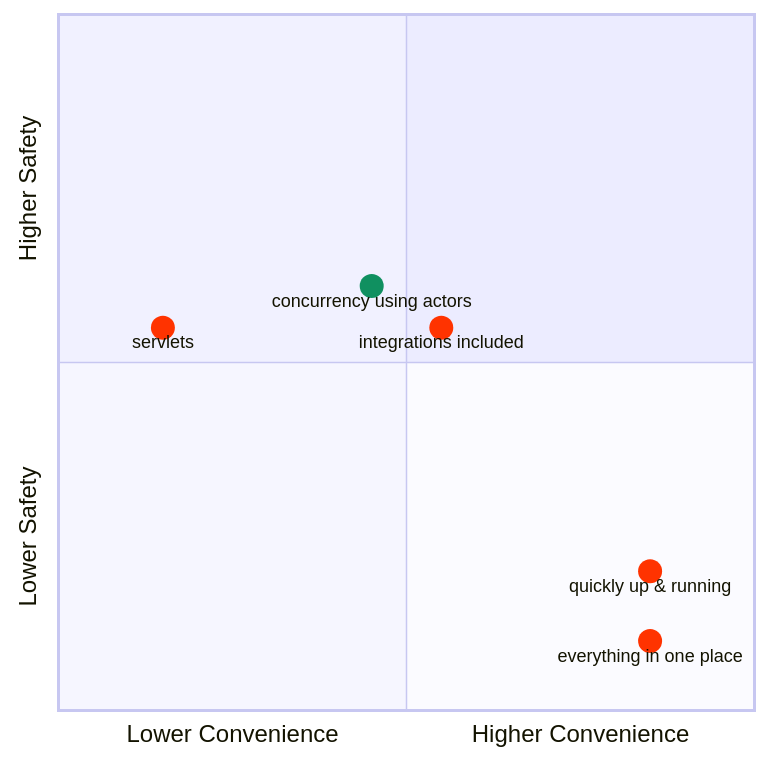
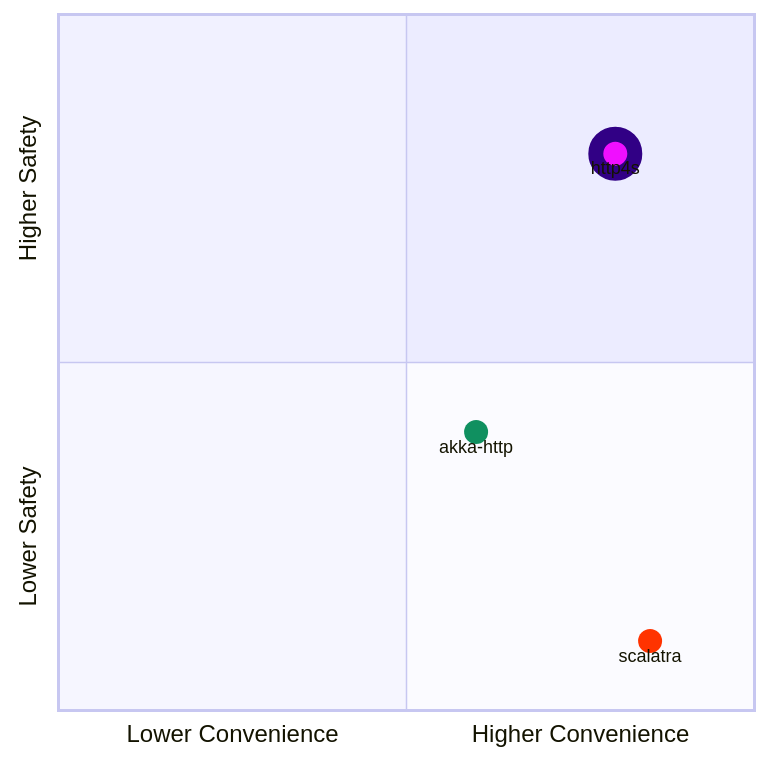
One commit to polyvariant/flavors-of-scala changed the tenth of 14 diagrams in slides/http.md. Above: the diagram before and after it, drawn with Mermaid. The commit also changed other lines of this file and 3 other files, not shown here.

Commit message:
Improve the http flow, simplify, remove slides

````diff
--- a/slides/http.md
+++ b/slides/http.md
@@ -900,15 +690,13 @@
 ```mermaid {scale: 0.8}
 quadrantChart
   x-axis Lower Convenience --> Higher Convenience
   y-axis Lower Safety --> Higher Safety
-  everything in one place:::scalatra: [0.85, 0.1]
-  quickly up & running:::scalatra: [0.85, 0.2]
-  servlets:::scalatra: [0.15, 0.55]
-  integrations included:::scalatra: [0.55, 0.55]
-  concurrency using actors:::actors: [0.45, 0.61]
+  scalatra:::scalatra: [0.85, 0.1]
+  akka-http:::akka: [0.6, 0.4]
+  http4s:::http4s: [0.8, 0.8]
+
   classDef scalatra color: #ff3300, radius : 8
-  classDef actors color: #109060, radius : 8
-  classDef io color: #f00fff, radius : 8
-  classDef class2 color: #908342, radius : 8, stroke-color: #310085, stroke-width: 10px
-  classDef class3 color: #f00fff, radius : 8
+  classDef akka color: #109060, radius : 8
+  classDef http4s color: #f00fff, radius : 13, stroke-color: #310085, stroke-width: 10px
+  classDef tapir color: #F99111, radius : 8
 ```
````
